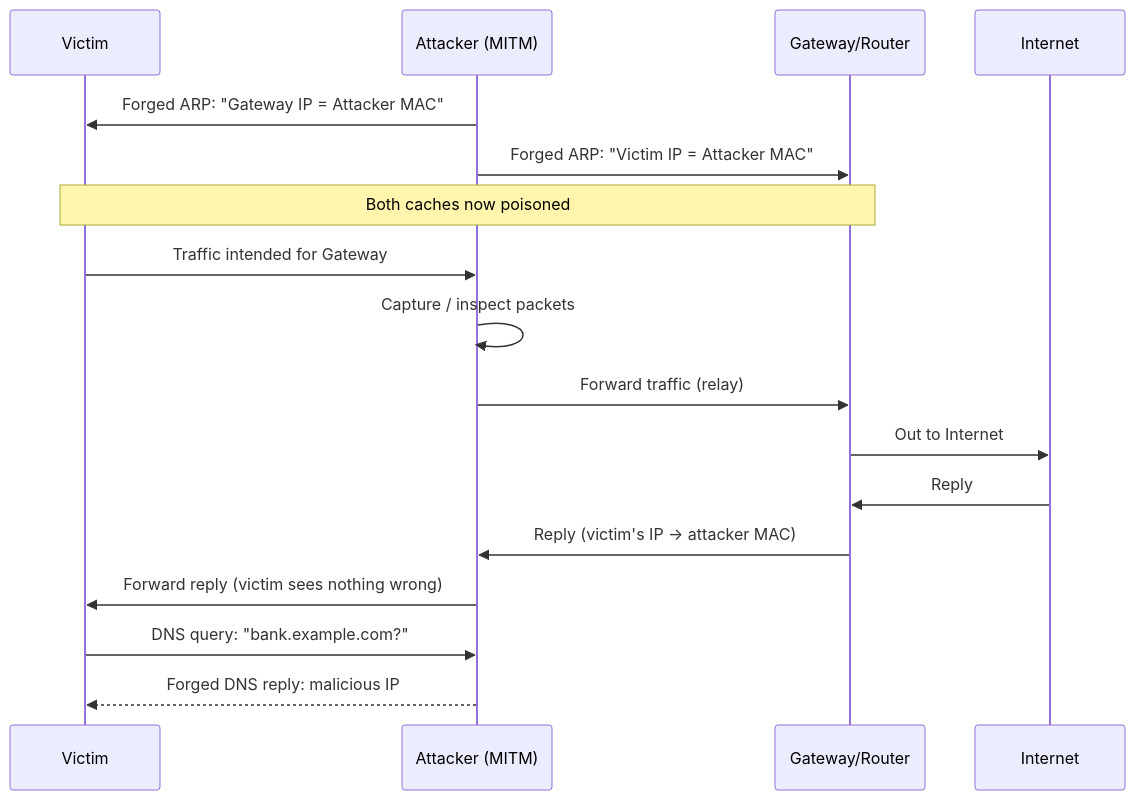
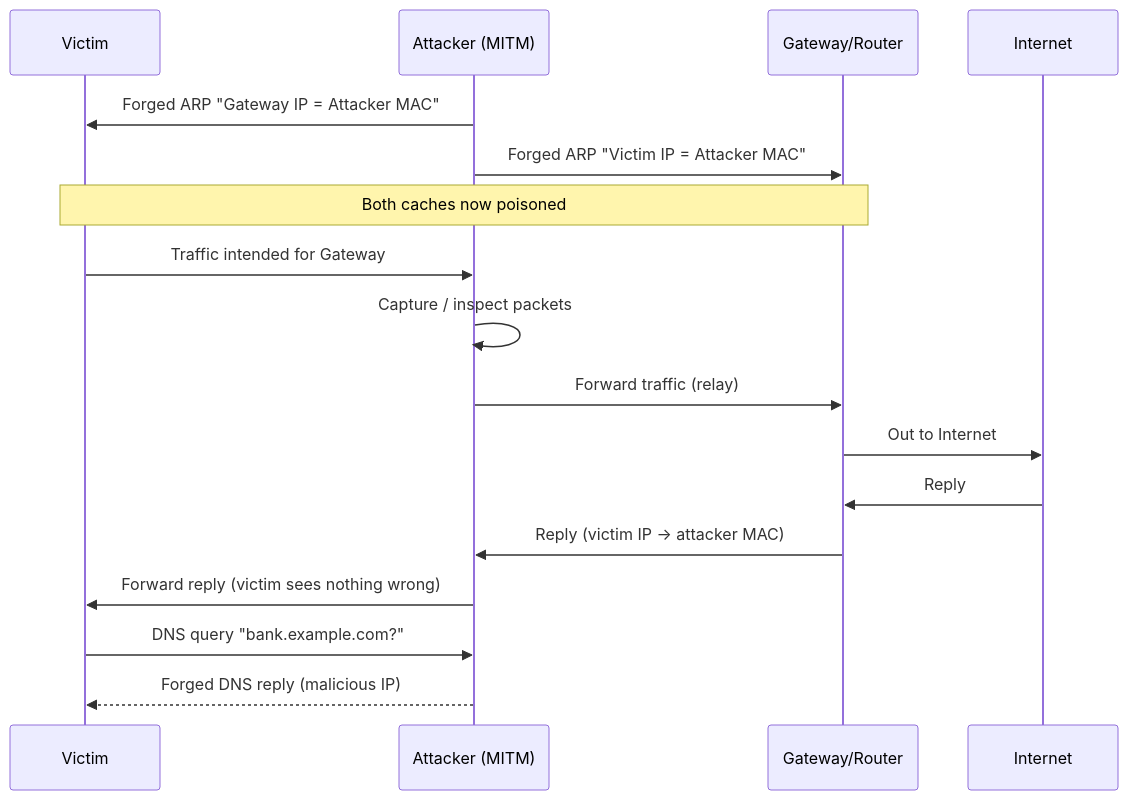
One commit to AbhisHub-12/ccsp changed the third of 4 diagrams in 02-professional-level-1/module-08-sniffing.md. Above: the diagram before and after it, drawn with Mermaid. The commit also changed other lines of this file and 13 other files, not shown here.

First line of the commit message:
Enhance modules with visuals: more diagrams, tables, images, callouts

````diff
--- a/02-professional-level-1/module-08-sniffing.md
+++ b/02-professional-level-1/module-08-sniffing.md
@@ -92,20 +140,20 @@
 ```mermaid
 sequenceDiagram
     participant V as Victim
     participant A as Attacker (MITM)
     participant G as Gateway/Router
     participant I as Internet
 
-    A->>V: Forged ARP: "Gateway IP = Attacker MAC"
-    A->>G: Forged ARP: "Victim IP = Attacker MAC"
+    A->>V: Forged ARP "Gateway IP = Attacker MAC"
+    A->>G: Forged ARP "Victim IP = Attacker MAC"
     Note over V,G: Both caches now poisoned
     V->>A: Traffic intended for Gateway
     A->>A: Capture / inspect packets
     A->>G: Forward traffic (relay)
     G->>I: Out to Internet
     I->>G: Reply
-    G->>A: Reply (victim's IP -> attacker MAC)
+    G->>A: Reply (victim IP -> attacker MAC)
     A->>V: Forward reply (victim sees nothing wrong)
-    V->>A: DNS query: "bank.example.com?"
-    A-->>V: Forged DNS reply: malicious IP
+    V->>A: DNS query "bank.example.com?"
+    A-->>V: Forged DNS reply (malicious IP)
 ```
````
